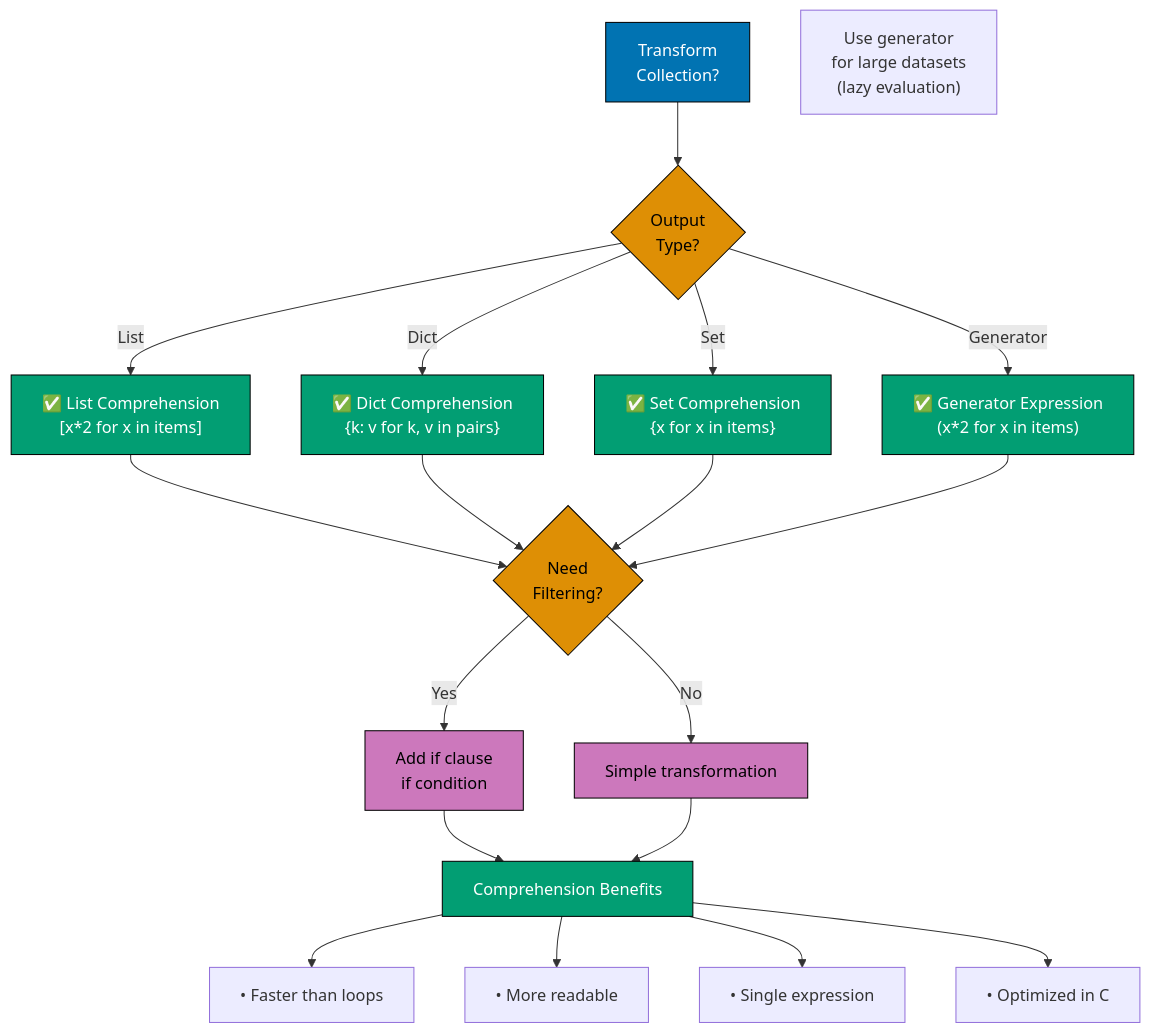
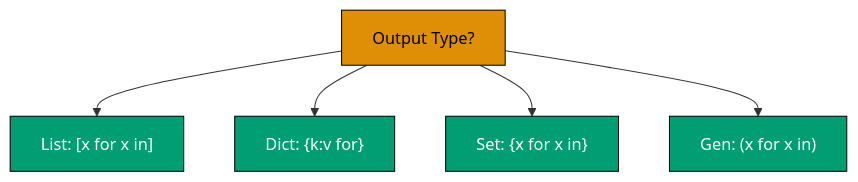
One commit to wahidyankf/ose-primer changed the first of 7 diagrams in docs/explanation/software-engineering/programming-languages/python/idioms.md. Above: the diagram before and after it, drawn with Mermaid. The commit also changed other lines of this file and 12 other files, not shown here.

Commit message:
fix(docs): fix mermaid violations in python/ docs (batch 2/10)

````diff
--- a/docs/explanation/software-engineering/programming-languages/python/idioms.md
+++ b/docs/explanation/software-engineering/programming-languages/python/idioms.md
@@ -147,35 +147,13 @@
 ```mermaid
 %% Color Palette: Blue #0173B2, Orange #DE8F05, Teal #029E73, Purple #CC78BC
 %% All colors are color-blind friendly and meet WCAG AA contrast standards
 
 graph TD
-    A["Transform<br/>Collection?"]:::blue --> B{"Output<br/>Type?"}:::orange
+    A["Output Type?"]:::orange --> B["List: [x for x in]"]:::teal
+    A --> C["Dict: {k:v for}"]:::teal
+    A --> D["Set: {x for x in}"]:::teal
+    A --> E["Gen: (x for x in)"]:::teal
 
-    B -->|"List"| C["✅ List Comprehension<br/>[x*2 for x in items]"]:::teal
-    B -->|"Dict"| D["✅ Dict Comprehension<br/>{k: v for k, v in pairs}"]:::teal
-    B -->|"Set"| E["✅ Set Comprehension<br/>{x for x in items}"]:::teal
-    B -->|"Generator"| F["✅ Generator Expression<br/>(x*2 for x in items)"]:::teal
-
-    C --> G{"Need<br/>Filtering?"}:::orange
-    D --> G
-    E --> G
-    F --> G
-
-    G -->|"Yes"| H["Add if clause<br/>if condition"]:::purple
-    G -->|"No"| I["Simple transformation"]:::purple
-
-    H --> J["Comprehension Benefits"]:::teal
-    I --> J
-
-    J --> J1["• Faster than loops"]
-    J --> J2["• More readable"]
-    J --> J3["• Single expression"]
-    J --> J4["• Optimized in C"]
-
-    Note["Use generator<br/>for large datasets<br/>(lazy evaluation)"]
-
-    classDef blue fill:#0173B2,stroke:#000,color:#fff
     classDef orange fill:#DE8F05,stroke:#000,color:#000
     classDef teal fill:#029E73,stroke:#000,color:#fff
-    classDef purple fill:#CC78BC,stroke:#000,color:#000
 ```
````
